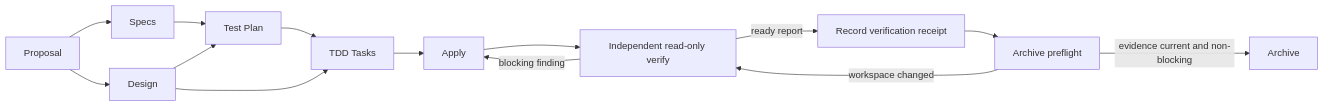
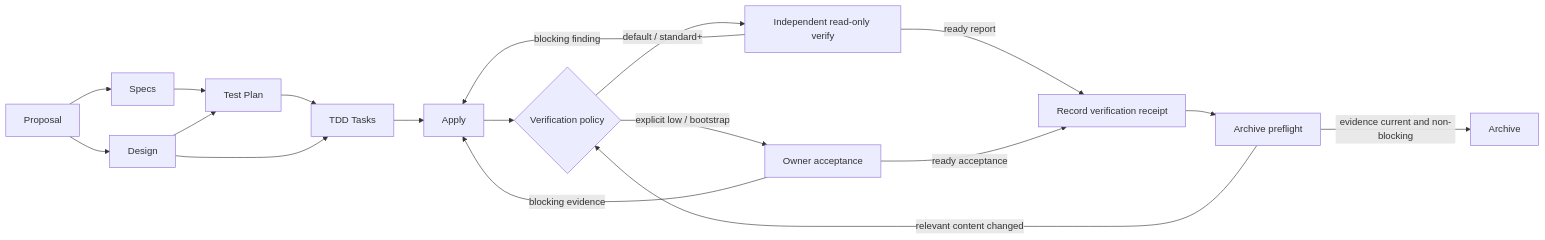
Before and after one commit to hataketed7977/taskpilot: the third of 3 diagrams in docs/architecture.md, drawn with Mermaid. The commit also changed other lines of this file and 13 other files, not shown here.

````diff
--- a/docs/architecture.md
+++ b/docs/architecture.md
@@ -158,16 +158,20 @@
 ```mermaid
 flowchart LR
     proposal["Proposal"] --> specs["Specs"]
     proposal --> design["Design"]
     specs --> testPlan["Test Plan"]
     design --> testPlan
     testPlan --> tasks["TDD Tasks"]
     design --> tasks
     tasks --> apply["Apply"]
-    apply --> verify["Independent read-only verify"]
+    apply --> policy{"Verification policy"}
+    policy -->|default / standard+| verify["Independent read-only verify"]
+    policy -->|explicit low / bootstrap| owner["Owner acceptance"]
     verify -->|blocking finding| apply
+    owner -->|blocking evidence| apply
     verify -->|ready report| receipt["Record verification receipt"]
+    owner -->|ready acceptance| receipt
     receipt --> preflight["Archive preflight"]
-    preflight -->|workspace changed| verify
+    preflight -->|relevant content changed| policy
     preflight -->|evidence current and non-blocking| archive["Archive"]
 ```
````
